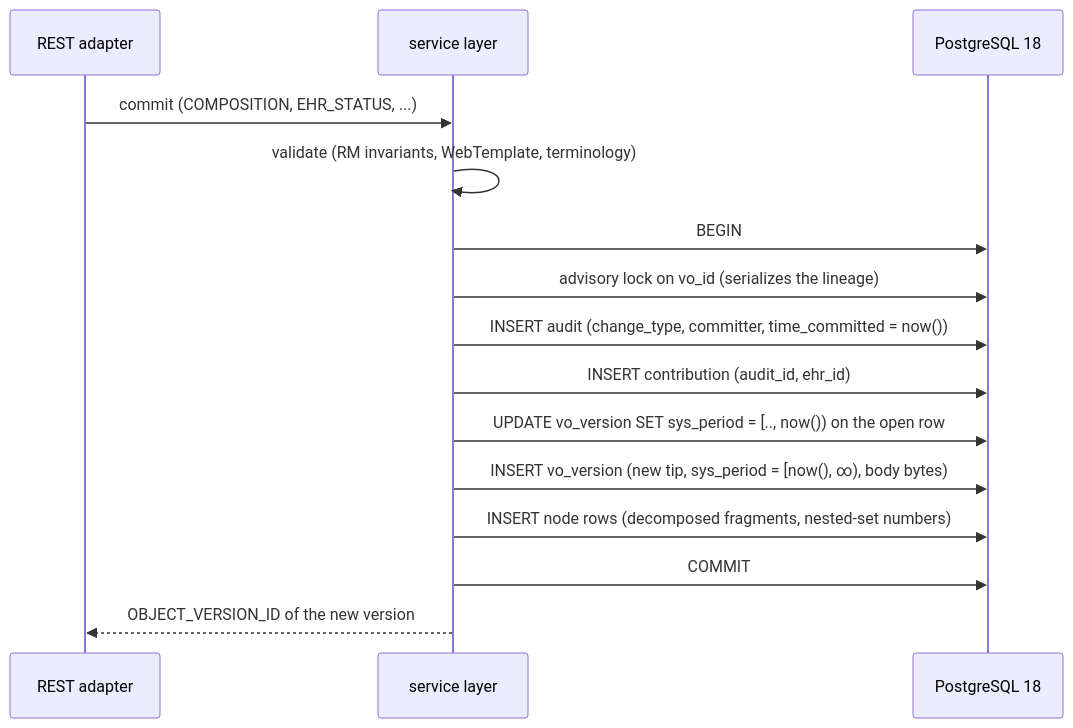
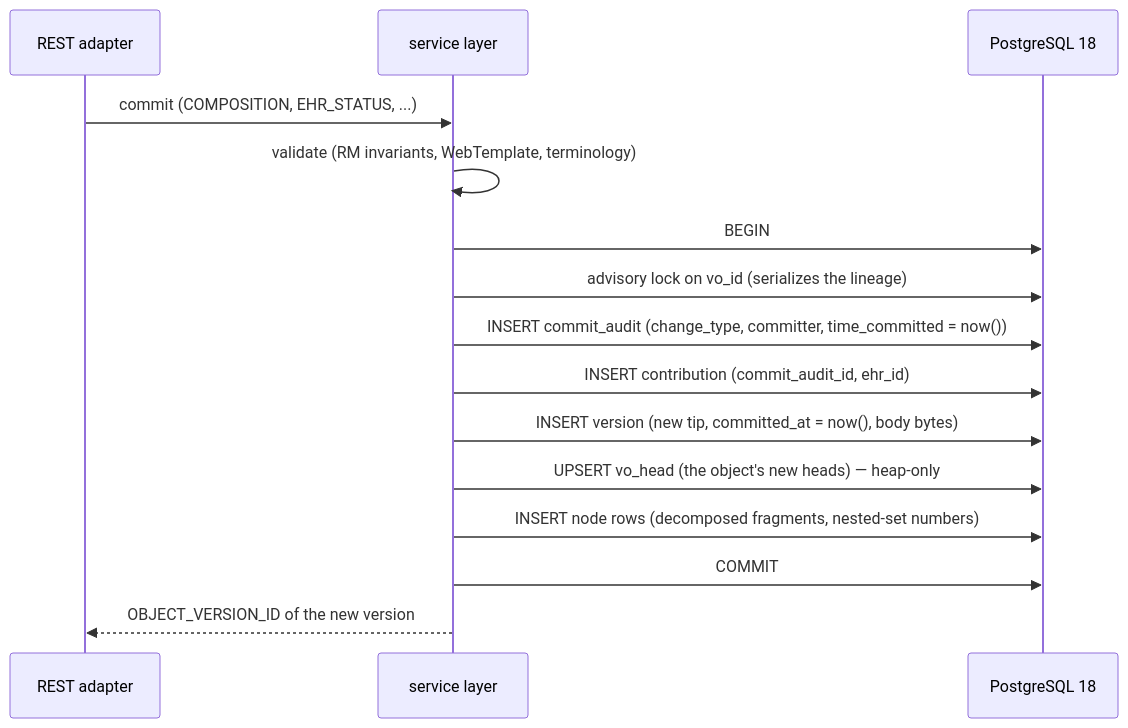
The fifth of 6 diagrams in website/book/src/concepts/storage.md (rubentalstra/FerroEHR), drawn with Mermaid before and after one commit. The commit also changed other lines of this file and 2 other files, not shown here.

First line of the commit message:
docs: the storage page, the architecture record and the security chapter describe the second generation

````diff
--- a/website/book/src/concepts/storage.md
+++ b/website/book/src/concepts/storage.md
@@ -263,18 +293,18 @@
 ```mermaid
 sequenceDiagram
     participant R as REST adapter
     participant S as service layer
     participant PG as PostgreSQL 18
 
     R->>S: commit (COMPOSITION, EHR_STATUS, ...)
     S->>S: validate (RM invariants, WebTemplate, terminology)
     S->>PG: BEGIN
     S->>PG: advisory lock on vo_id (serializes the lineage)
-    S->>PG: INSERT audit (change_type, committer, time_committed = now())
-    S->>PG: INSERT contribution (audit_id, ehr_id)
-    S->>PG: UPDATE vo_version SET sys_period = [.., now()) on the open row
-    S->>PG: INSERT vo_version (new tip, sys_period = [now(), ∞), body bytes)
+    S->>PG: INSERT commit_audit (change_type, committer, time_committed = now())
+    S->>PG: INSERT contribution (commit_audit_id, ehr_id)
+    S->>PG: INSERT version (new tip, committed_at = now(), body bytes)
+    S->>PG: UPSERT vo_head (the object's new heads) — heap-only
     S->>PG: INSERT node rows (decomposed fragments, nested-set numbers)
     S->>PG: COMMIT
     S-->>R: OBJECT_VERSION_ID of the new version
 ```
````
